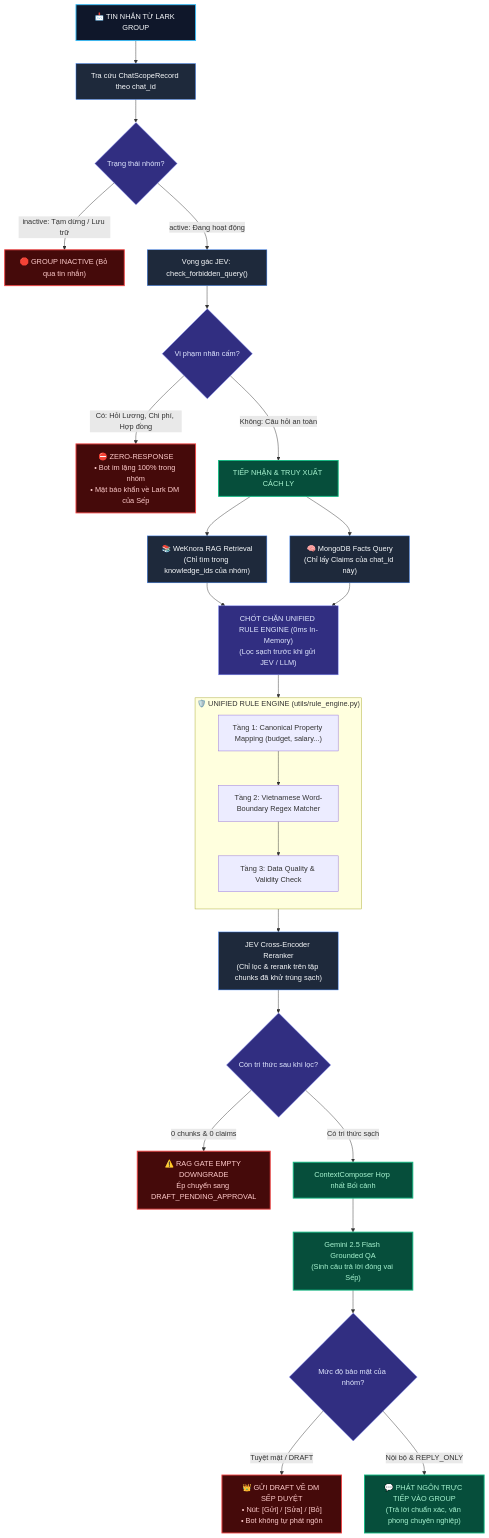
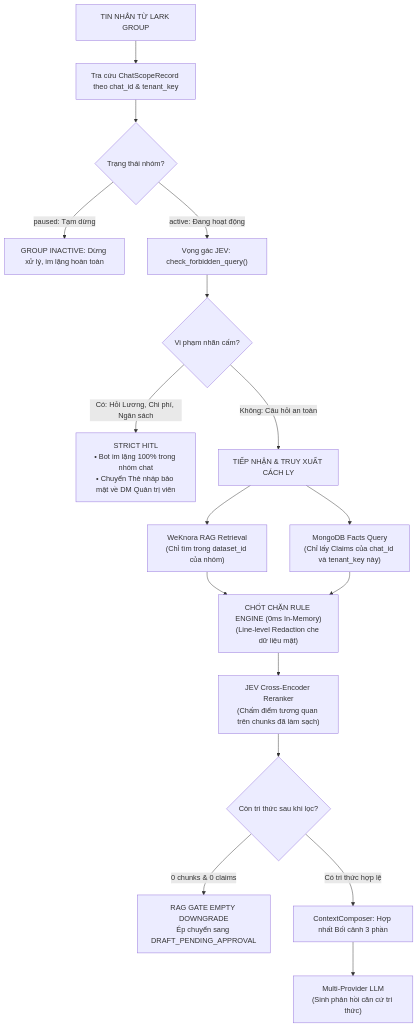
One commit to tetsde/LarkAssistant changed the diagram in server/docs/permission/README.md. Above: the diagram before and after it, drawn with Mermaid. The commit also changed other lines of this file and 20 other files, not shown here.

Commit message:
docs: update architecture documentation and diagrams

````diff
--- a/server/docs/permission/README.md
+++ b/server/docs/permission/README.md
@@ -61,45 +43,26 @@
 ```mermaid
 flowchart TD
-    classDef rootBox fill:#0f172a,stroke:#38bdf8,stroke-width:2px,color:#f8fafc;
-    classDef safeBox fill:#064e3b,stroke:#10b981,stroke-width:2px,color:#a7f3d0;
-    classDef alertBox fill:#450a0a,stroke:#ef4444,stroke-width:2px,color:#fecaca;
-    classDef processBox fill:#1e293b,stroke:#3b82f6,stroke-width:1px,color:#f8fafc;
-    classDef decisionBox fill:#312e81,stroke:#818cf8,stroke-width:1px,color:#e0e7ff;
+    MSG["TIN NHẮN TỪ LARK GROUP"] --> G1["Tra cứu ChatScopeRecord theo chat_id & tenant_key"]
 
-    MSG["📩 TIN NHẮN TỪ LARK GROUP"]:::rootBox --> G1["Tra cứu ChatScopeRecord theo chat_id"]:::processBox
+    G1 --> C1{"Trạng thái nhóm?"}
+    C1 -->|paused: Tạm dừng| STOP1["GROUP INACTIVE: Dừng xử lý, im lặng hoàn toàn"]
+    C1 -->|active: Đang hoạt động| G2["Vọng gác JEV: check_forbidden_query()"]
 
-    G1 --> C1{"Trạng thái nhóm?"}:::decisionBox
-    C1 -->|inactive: Tạm dừng / Lưu trữ| STOP1["🛑 GROUP INACTIVE (Bỏ qua tin nhắn)"]:::alertBox
-    C1 -->|active: Đang hoạt động| G2["Vọng gác JEV: check_forbidden_query()"]:::processBox
+    G2 --> C2{"Vi phạm nhãn cấm?"}
+    C2 -->|Có: Hỏi Lương, Chi phí, Ngân sách| ALERT["STRICT HITL<br/>• Bot im lặng 100% trong nhóm chat<br/>• Chuyển Thẻ nháp bảo mật về DM Quản trị viên"]
+    C2 -->|Không: Câu hỏi an toàn| RETRIEVE["TIẾP NHẬN & TRUY XUẤT CÁCH LY"]
 
-    G2 --> C2{"Vi phạm nhãn cấm?"}:::decisionBox
-    C2 -->|Có: Hỏi Lương, Chi phí, Hợp đồng| ALERT["⛔ ZERO-RESPONSE<br/>• Bot im lặng 100% trong nhóm<br/>• Mật báo khẩn về Lark DM của Sếp"]:::alertBox
-    C2 -->|Không: Câu hỏi an toàn| RETRIEVE["TIẾP NHẬN & TRUY XUẤT CÁCH LY"]:::safeBox
+    RETRIEVE --> R1["WeKnora RAG Retrieval<br/>(Chỉ tìm trong dataset_id của nhóm)"]
+    RETRIEVE --> R2["MongoDB Facts Query<br/>(Chỉ lấy Claims của chat_id và tenant_key này)"]
 
-    RETRIEVE --> R1["📚 WeKnora RAG Retrieval<br/>(Chỉ tìm trong knowledge_ids của nhóm)"]:::processBox
-    RETRIEVE --> R2["🧠 MongoDB Facts Query<br/>(Chỉ lấy Claims của chat_id này)"]:::processBox
-
-    R1 --> SANITIZE["CHỐT CHẶN UNIFIED RULE ENGINE (0ms In-Memory)<br/>(Lọc sạch trước khi gửi JEV / LLM)"]:::decisionBox
+    R1 --> SANITIZE["CHỐT CHẶN RULE ENGINE (0ms In-Memory)<br/>(Line-level Redaction che dữ liệu mật)"]
     R2 --> SANITIZE
 
-    subgraph RULE_SAN["🛡️ UNIFIED RULE ENGINE (utils/rule_engine.py)"]
-        direction TB
-        S1["Tầng 1: Canonical Property Mapping (budget, salary...)"]
-        S2["Tầng 2: Vietnamese Word-Boundary Regex Matcher"]
-        S3["Tầng 3: Data Quality & Validity Check"]
-        S1 --> S2 --> S3
-    end
-    SANITIZE --> RULE_SAN
+    SANITIZE --> JEV_RERANK["JEV Cross-Encoder Reranker<br/>(Chấm điểm tương quan trên chunks đã làm sạch)"]
 
-    RULE_SAN --> JEV_RERANK["JEV Cross-Encoder Reranker<br/>(Chỉ lọc & rerank trên tập chunks đã khử trùng sạch)"]:::processBox
+    JEV_RERANK --> C3{"Còn tri thức sau khi lọc?"}
+    C3 -->|0 chunks & 0 claims| DOWNDRAFT["RAG GATE EMPTY DOWNGRADE<br/>Ép chuyển sang DRAFT_PENDING_APPROVAL"]
+    C3 -->|Có tri thức hợp lệ| COMPOSER["ContextComposer: Hợp nhất Bối cảnh 3 phần"]
 
-    JEV_RERANK --> C3{"Còn tri thức sau khi lọc?"}:::decisionBox
-    C3 -->|0 chunks & 0 claims| DOWNDRAFT["⚠️ RAG GATE EMPTY DOWNGRADE<br/>Ép chuyển sang DRAFT_PENDING_APPROVAL"]:::alertBox
-    C3 -->|Có tri thức sạch| COMPOSER["ContextComposer Hợp nhất Bối cảnh"]:::safeBox
-
-    COMPOSER --> GEMINI["Gemini 2.5 Flash Grounded QA<br/>(Sinh câu trả lời đóng vai Sếp)"]:::safeBox
-
-    GEMINI --> C4{"Mức độ bảo mật của nhóm?"}:::decisionBox
-    C4 -->|Tuyệt mật / DRAFT| DRAFT_NOTIFY["👑 GỬI DRAFT VỀ DM SẾP DUYỆT<br/>• Nút: [Gửi] / [Sửa] / [Bỏ]<br/>• Bot không tự phát ngôn"]:::alertBox
-    C4 -->|Nội bộ & REPLY_ONLY| REPLY["💬 PHÁT NGÔN TRỰC TIẾP VÀO GROUP<br/>(Trả lời chuẩn xác, văn phong chuyên nghiệp)"]:::safeBox
+    COMPOSER --> LLM["Multi-Provider LLM<br/>(Sinh phản hồi căn cứ tri thức)"]
 ```
````
